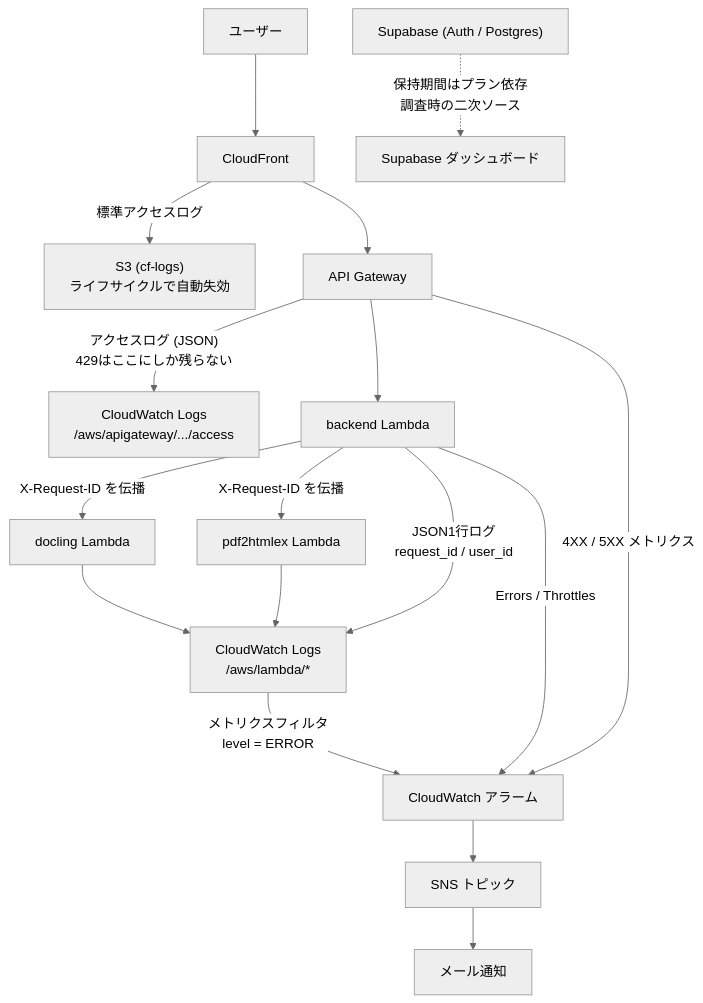
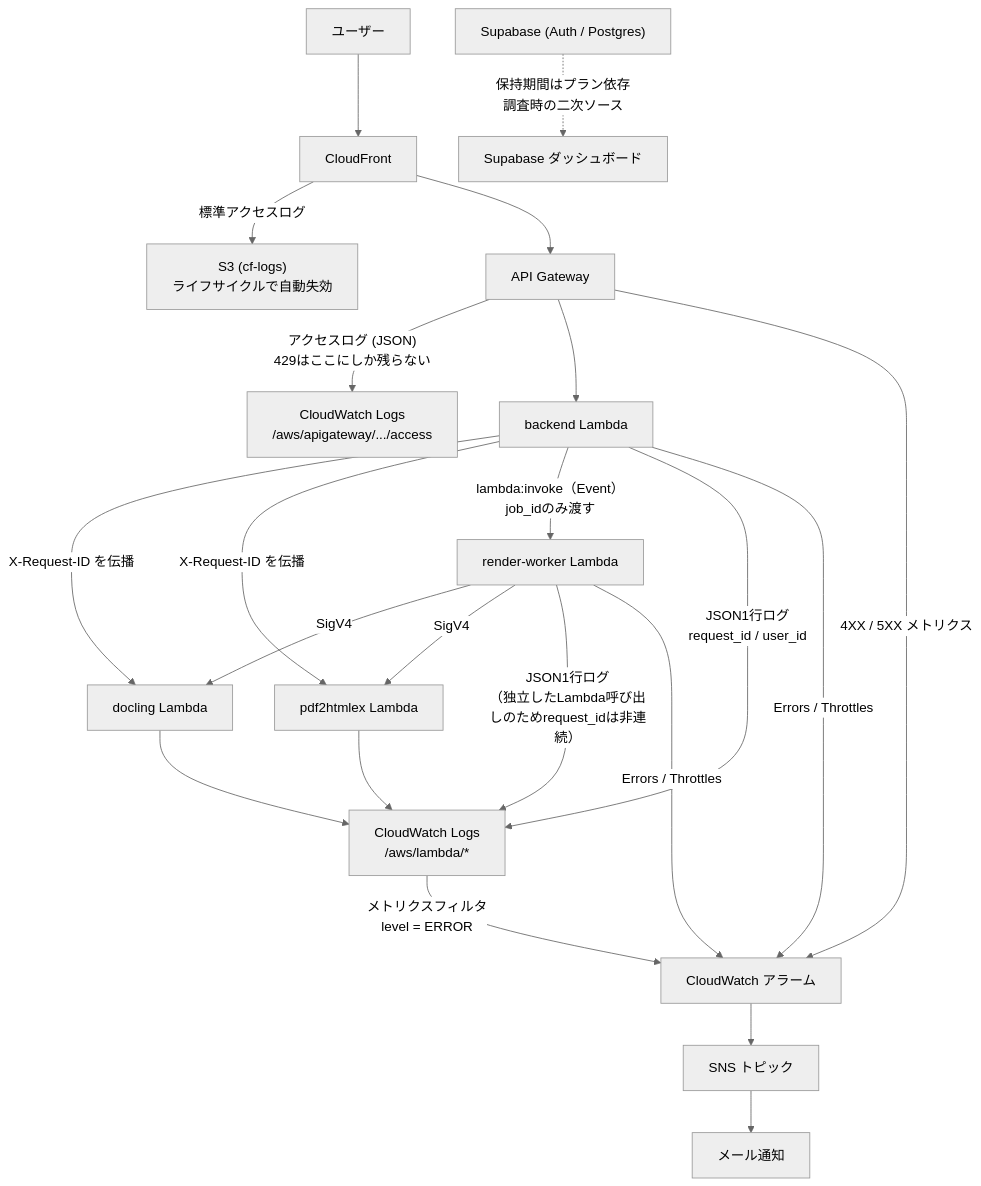
The eighth of 8 diagrams in docs/architecture.md (EisukeHishikawa/adapt-sheet), drawn with Mermaid (neutral theme) before and after one commit. The commit also changed other lines of this file and 5 other files, not shown here.

First line of the commit message:
docs: 生成AI描画の非同期ジョブ化に合わせてシステム構成図・関連ドキュメントを更新する

````diff
--- a/docs/architecture.md
+++ b/docs/architecture.md
@@ -220,22 +268,27 @@
 ```mermaid
 flowchart TD
     User["ユーザー"] --> CF["CloudFront"]
     CF -->|"標準アクセスログ"| S3Logs["S3 (cf-logs)<br/>ライフサイクルで自動失効"]
     CF --> APIGW["API Gateway"]
     APIGW -->|"アクセスログ (JSON)<br/>429はここにしか残らない"| CWApi["CloudWatch Logs<br/>/aws/apigateway/.../access"]
     APIGW --> Backend["backend Lambda"]
 
     Backend -->|"X-Request-ID を伝播"| Docling["docling Lambda"]
     Backend -->|"X-Request-ID を伝播"| P2H["pdf2htmlex Lambda"]
+    Backend -->|"lambda:invoke（Event）<br/>job_idのみ渡す"| Worker["render-worker Lambda"]
+    Worker -->|SigV4| Docling
+    Worker -->|SigV4| P2H
 
     Backend -->|"JSON1行ログ<br/>request_id / user_id"| CWApp["CloudWatch Logs<br/>/aws/lambda/*"]
     Docling --> CWApp
     P2H --> CWApp
+    Worker -->|"JSON1行ログ<br/>（独立したLambda呼び出しのためrequest_idは非連続）"| CWApp
 
     CWApp -->|"メトリクスフィルタ<br/>level = ERROR"| Alarm["CloudWatch アラーム"]
     APIGW -->|"4XX / 5XX メトリクス"| Alarm
     Backend -->|"Errors / Throttles"| Alarm
+    Worker -->|"Errors / Throttles"| Alarm
     Alarm --> SNS["SNS トピック"] --> Mail["メール通知"]
 
     Supabase["Supabase (Auth / Postgres)"] -.->|"保持期間はプラン依存<br/>調査時の二次ソース"| Dashboard["Supabase ダッシュボード"]
 ```
````
